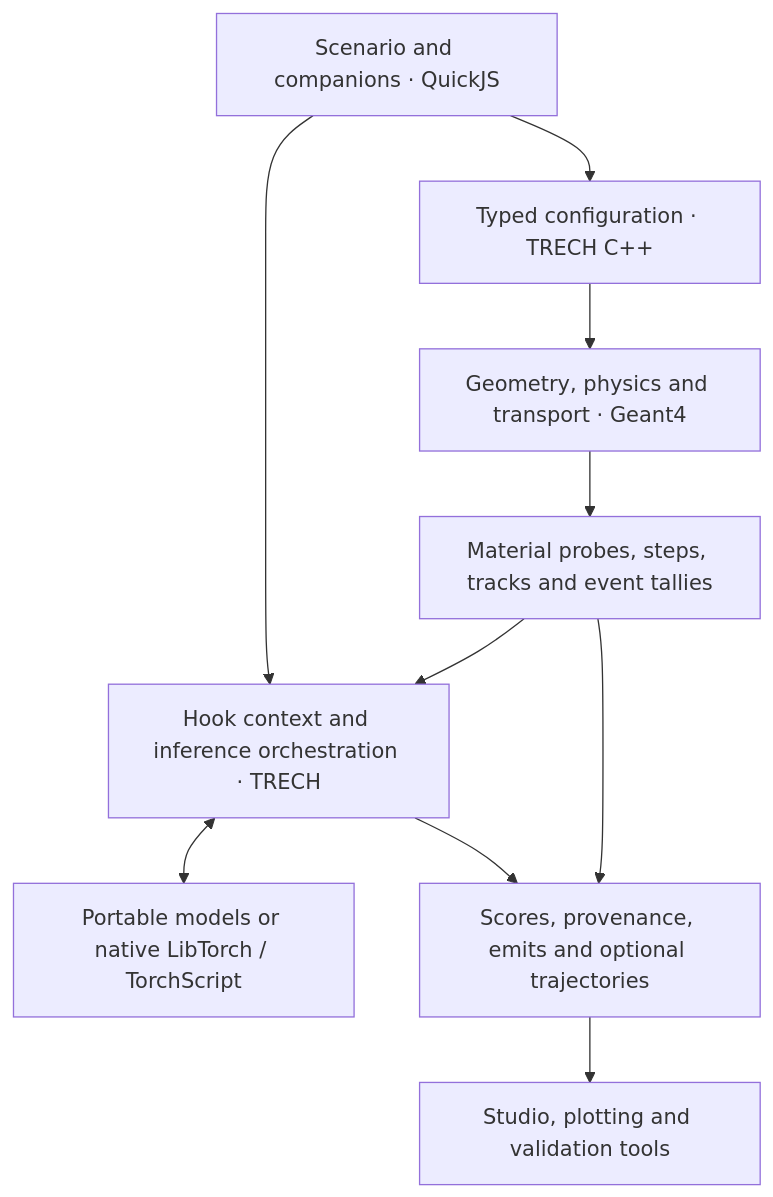
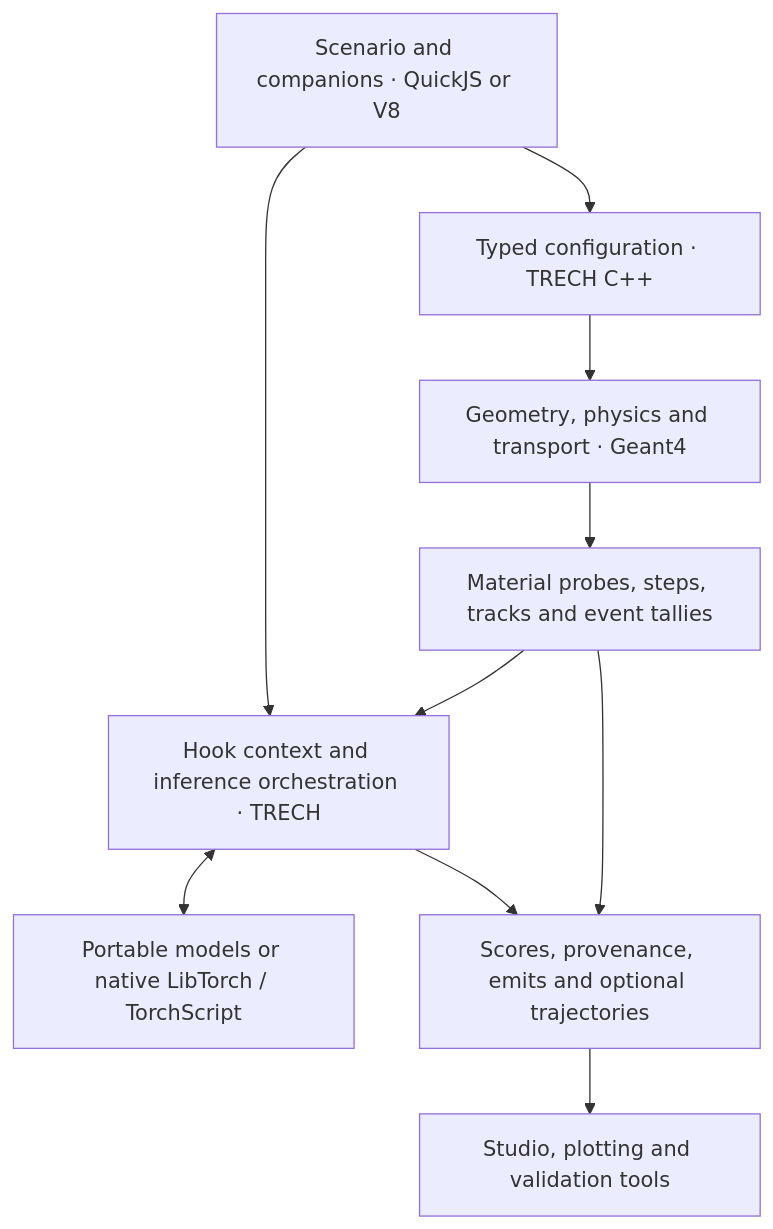
Before and after one commit to Geckos-Ink/trech: the diagram in docs/architecture/runtime.md, drawn with Mermaid. The commit also changed other lines of this file and 48 other files, not shown here.

````diff
--- a/docs/architecture/runtime.md
+++ b/docs/architecture/runtime.md
@@ -11,17 +11,17 @@
 ```mermaid
 flowchart TD
-    JS["Scenario and companions · QuickJS"]
+    JS["Scenario and companions · QuickJS or V8"]
     Config["Typed configuration · TRECH C++"]
     G4["Geometry, physics and transport · Geant4"]
     Facts["Material probes, steps, tracks and event tallies"]
     Hooks["Hook context and inference orchestration · TRECH"]
     Models["Portable models or native LibTorch / TorchScript"]
     Records["Scores, provenance, emits and optional trajectories"]
     Consumers["Studio, plotting and validation tools"]
     JS --> Config --> G4 --> Facts
     Facts --> Hooks
     JS --> Hooks
     Hooks <--> Models
     Facts --> Records
     Hooks --> Records --> Consumers
 ```
````
